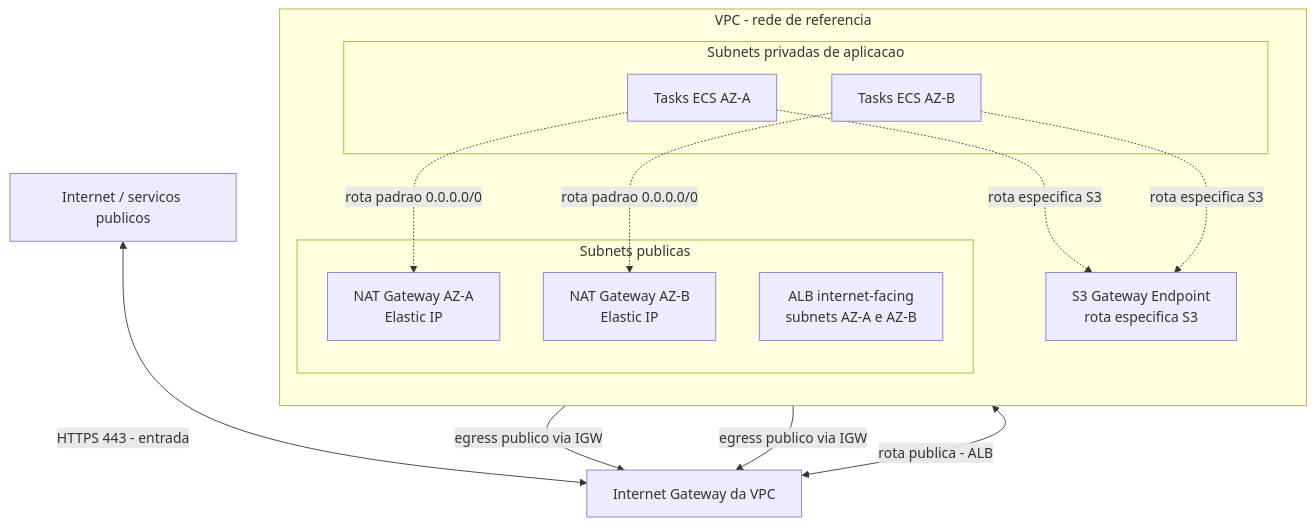
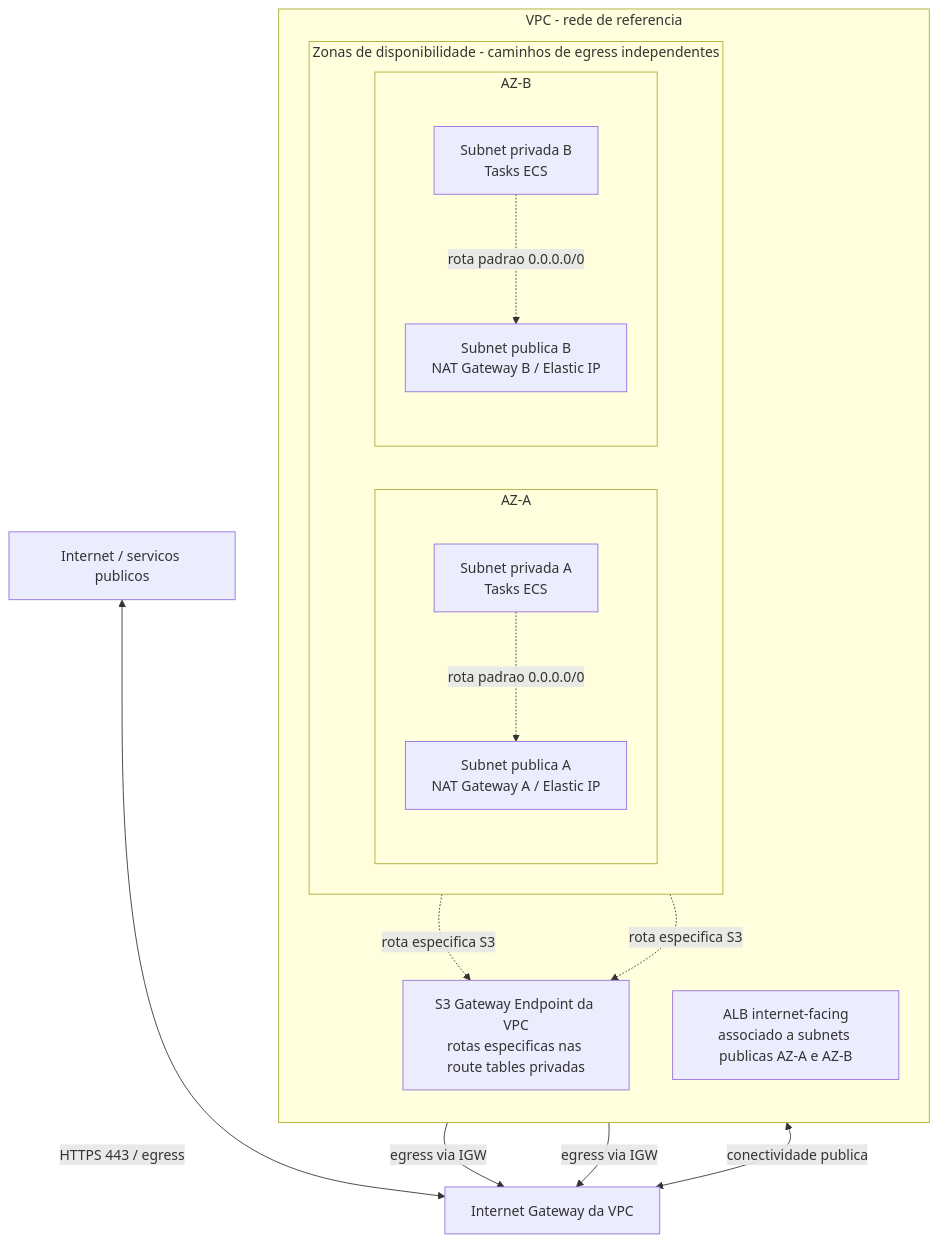
One commit to ThiagoFerraciolli/cash-flow-architecture changed the second of 2 diagrams in docs/07-infraestrutura/arquitetura-aws.md. Above: the diagram before and after it, drawn with Mermaid. The commit also changed other lines of this file, not shown here.

Commit message:
docs: agrupar rotas privadas e NAT por AZ no diagrama de rede AWS

````diff
--- a/docs/07-infraestrutura/arquitetura-aws.md
+++ b/docs/07-infraestrutura/arquitetura-aws.md
@@ -64,24 +64,35 @@
 ```mermaid
 flowchart TB
     INTERNET["Internet / servicos publicos"]
     IGW["Internet Gateway da VPC"]
+    INTERNET <-->|"HTTPS 443 / egress"| IGW
+
     subgraph VPCNET["VPC - rede de referencia"]
       direction TB
-      subgraph PUBLICNET["Subnets publicas"]
-        NATA["NAT Gateway AZ-A<br/>Elastic IP"]
-        NATB["NAT Gateway AZ-B<br/>Elastic IP"]
-        ALBN["ALB internet-facing<br/>subnets AZ-A e AZ-B"]
+      ALBN["ALB internet-facing<br/>associado a subnets publicas AZ-A e AZ-B"]
+
+      subgraph AZS["Zonas de disponibilidade - caminhos de egress independentes"]
+        direction LR
+        subgraph AZA["AZ-A"]
+          direction TB
+          APPA["Subnet privada A<br/>Tasks ECS"]
+          NATA["Subnet publica A<br/>NAT Gateway A / Elastic IP"]
+          APPA -. "rota padrao 0.0.0.0/0" .-> NATA
+        end
+        subgraph AZB["AZ-B"]
+          direction TB
+          APPB["Subnet privada B<br/>Tasks ECS"]
+          NATB["Subnet publica B<br/>NAT Gateway B / Elastic IP"]
+          APPB -. "rota padrao 0.0.0.0/0" .-> NATB
+        end
       end
-      subgraph PRIVNET["Subnets privadas de aplicacao"]
-        APP_A["Tasks ECS AZ-A"]
-        APP_B["Tasks ECS AZ-B"]
-      end
-      S3EP["S3 Gateway Endpoint<br/>rota especifica S3"]
+
+      S3EP["S3 Gateway Endpoint da VPC<br/>rotas especificas nas route tables privadas"]
     end
-    INTERNET <-->|"HTTPS 443 - entrada"| IGW
-    IGW <-->|"rota publica - ALB"| ALBN
-    APP_A -. "rota padrao 0.0.0.0/0" .-> NATA
-    APP_B -. "rota padrao 0.0.0.0/0" .-> NATB
-    NATA & NATB -->|"egress publico via IGW"| IGW
-    APP_A & APP_B -. "rota especifica S3" .-> S3EP
+
+    IGW <-->|"conectividade publica"| ALBN
+    NATA -->|"egress via IGW"| IGW
+    NATB -->|"egress via IGW"| IGW
+    APPA -. "rota especifica S3" .-> S3EP
+    APPB -. "rota especifica S3" .-> S3EP
 ```
````
